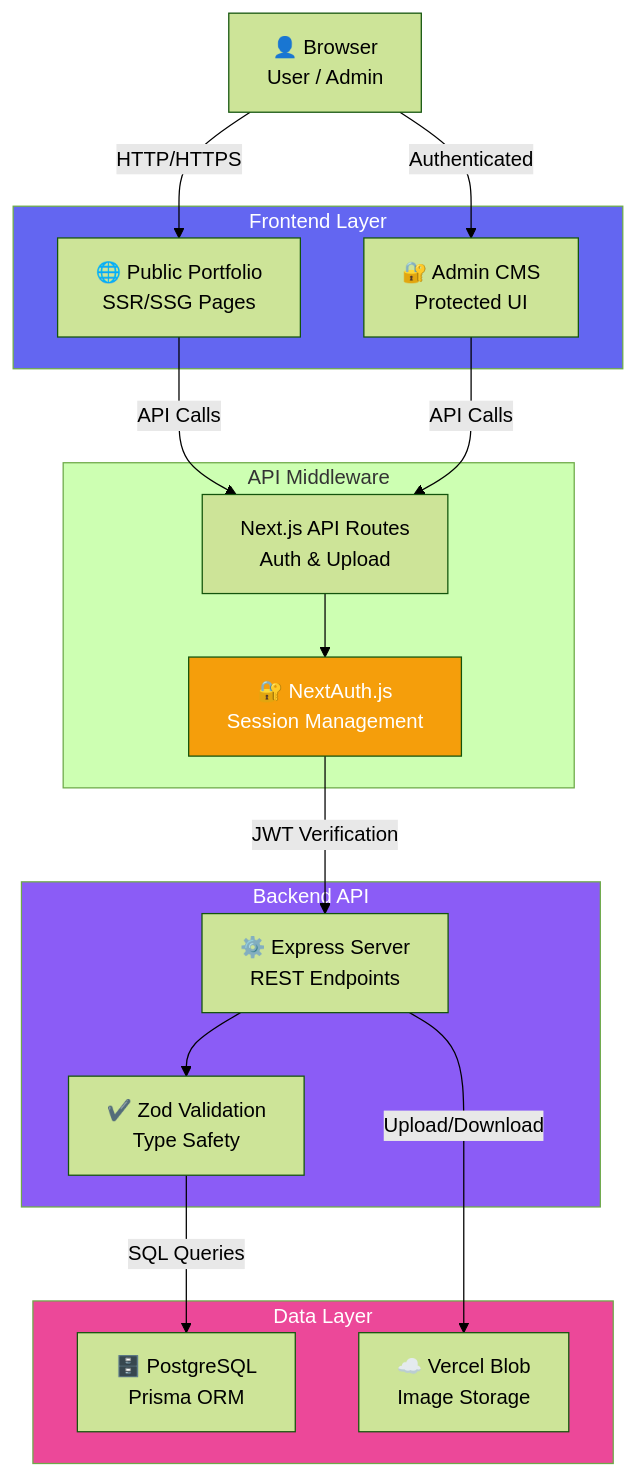
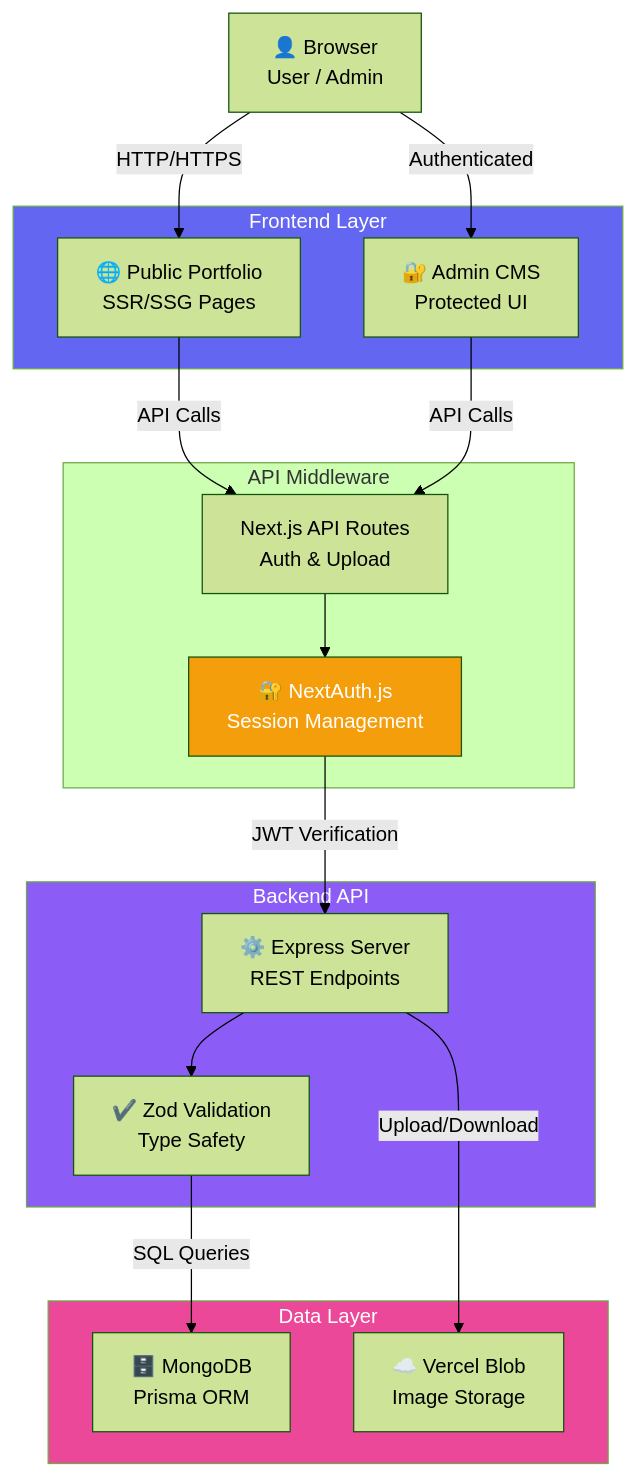
The second of 2 diagrams in README.md (geniuspeter577-design/geniuzlab_portfolio), drawn with Mermaid (forest theme) before and after one commit. The commit also changed other lines of this file and 9 other files, not shown here.

````diff
--- a/README.md
+++ b/README.md
@@ -65,38 +65,38 @@
 ```mermaid
 graph TB
     Browser["👤 Browser<br/>User / Admin"]
     
     subgraph Frontend["Frontend Layer"]
         Public["🌐 Public Portfolio<br/>SSR/SSG Pages"]
         Admin["🔐 Admin CMS<br/>Protected UI"]
     end
     
     subgraph Middleware["API Middleware"]
         NextAPI["Next.js API Routes<br/>Auth & Upload"]
         Auth["🔐 NextAuth.js<br/>Session Management"]
     end
     
     subgraph Backend["Backend API"]
         Express["⚙️ Express Server<br/>REST Endpoints"]
         Validation["✔️ Zod Validation<br/>Type Safety"]
     end
     
     subgraph Data["Data Layer"]
-        Database["🗄️ PostgreSQL<br/>Prisma ORM"]
+        Database["🗄️ MongoDB<br/>Prisma ORM"]
         Storage["☁️ Vercel Blob<br/>Image Storage"]
     end
     
     Browser -->|HTTP/HTTPS| Public
     Browser -->|Authenticated| Admin
     Public & Admin -->|API Calls| NextAPI
     NextAPI --> Auth
     Auth -->|JWT Verification| Express
     Express --> Validation
     Validation -->|SQL Queries| Database
     Express -->|Upload/Download| Storage
     
     style Frontend fill:#6366f1,color:#fff
     style Backend fill:#8b5cf6,color:#fff
     style Data fill:#ec4899,color:#fff
     style Auth fill:#f59e0b,color:#fff
 ```
````
